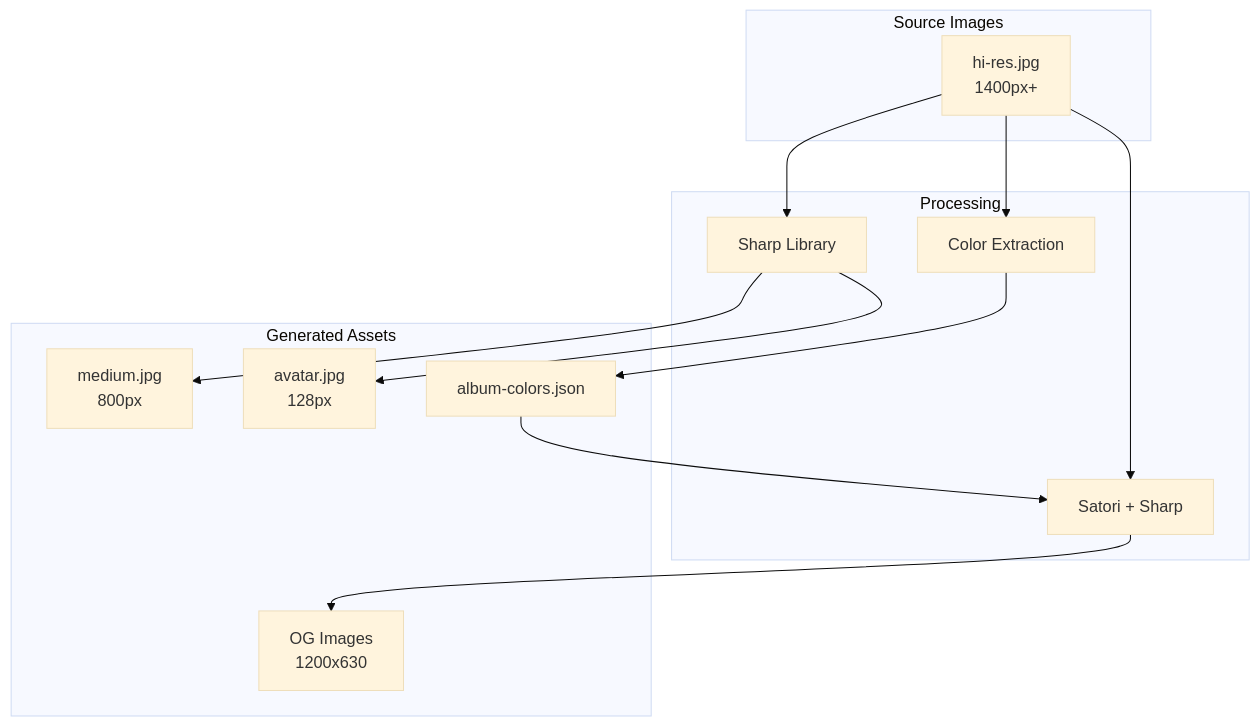
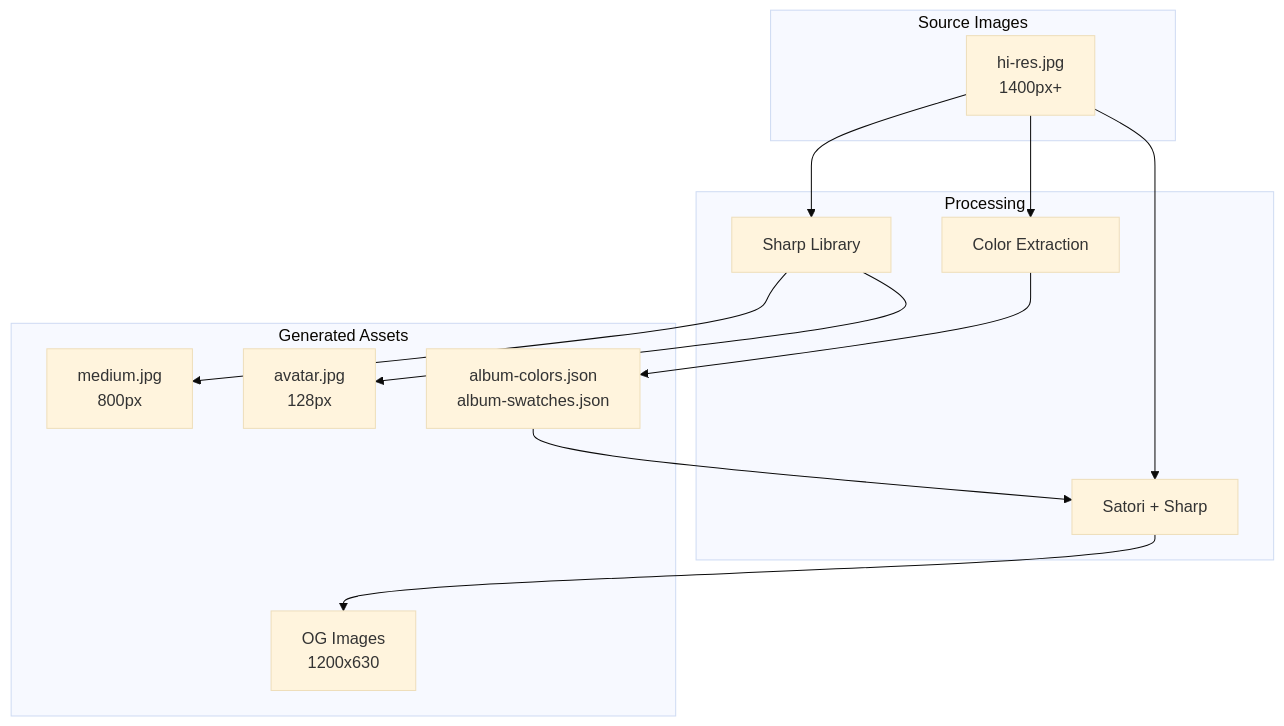
The second of 2 diagrams in docs/build-pipeline/README.md (russmckendrick/russ-fm), drawn with Mermaid (base theme) before and after one commit. The commit also changed other lines of this file and 14 other files, not shown here.

Commit message:
📝 docs: document build-time sleeve colours and album-swatches.json

````diff
--- a/docs/build-pipeline/README.md
+++ b/docs/build-pipeline/README.md
@@ -179,30 +179,30 @@
 ```mermaid
 flowchart TB
     subgraph Input["Source Images"]
         HiRes[hi-res.jpg<br>1400px+]
     end
 
     subgraph Processing["Processing"]
         Sharp[Sharp Library]
         ColorExtract[Color Extraction]
         Satori[Satori + Sharp]
     end
 
     subgraph Output["Generated Assets"]
         Medium[medium.jpg<br>800px]
         Avatar[avatar.jpg<br>128px]
-        Colors[album-colors.json]
+        Colors[album-colors.json<br>album-swatches.json]
         OGImage[OG Images<br>1200x630]
     end
 
     HiRes --> Sharp
     Sharp --> Medium
     Sharp --> Avatar
 
     HiRes --> ColorExtract
     ColorExtract --> Colors
 
     HiRes --> Satori
     Colors --> Satori
     Satori --> OGImage
 ```
````
